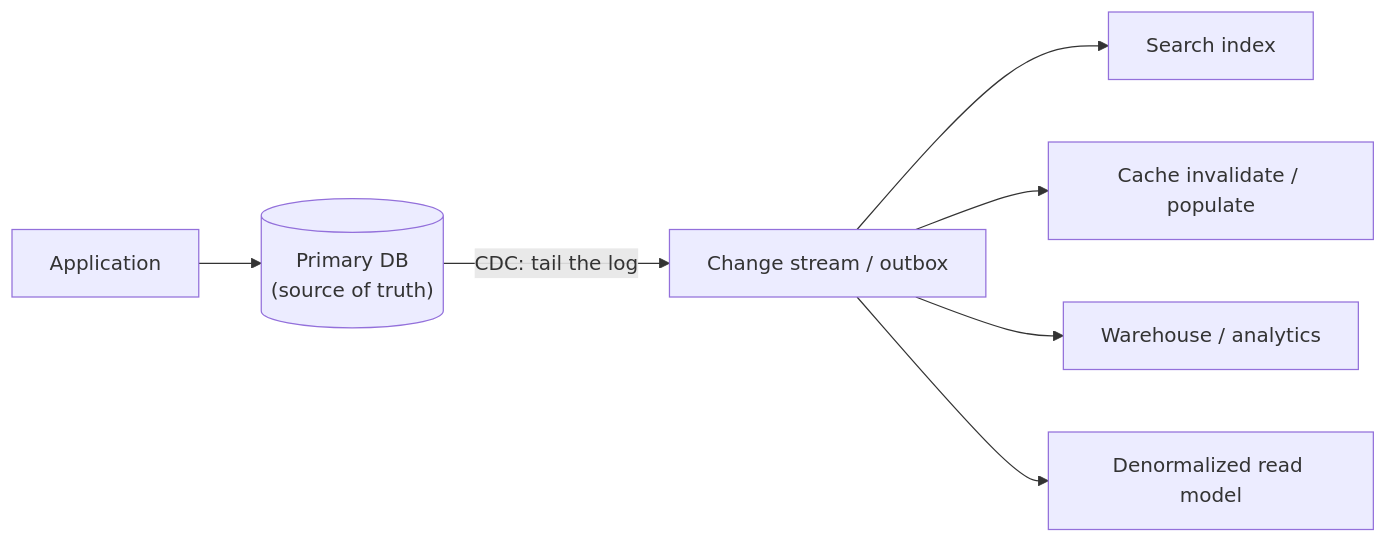
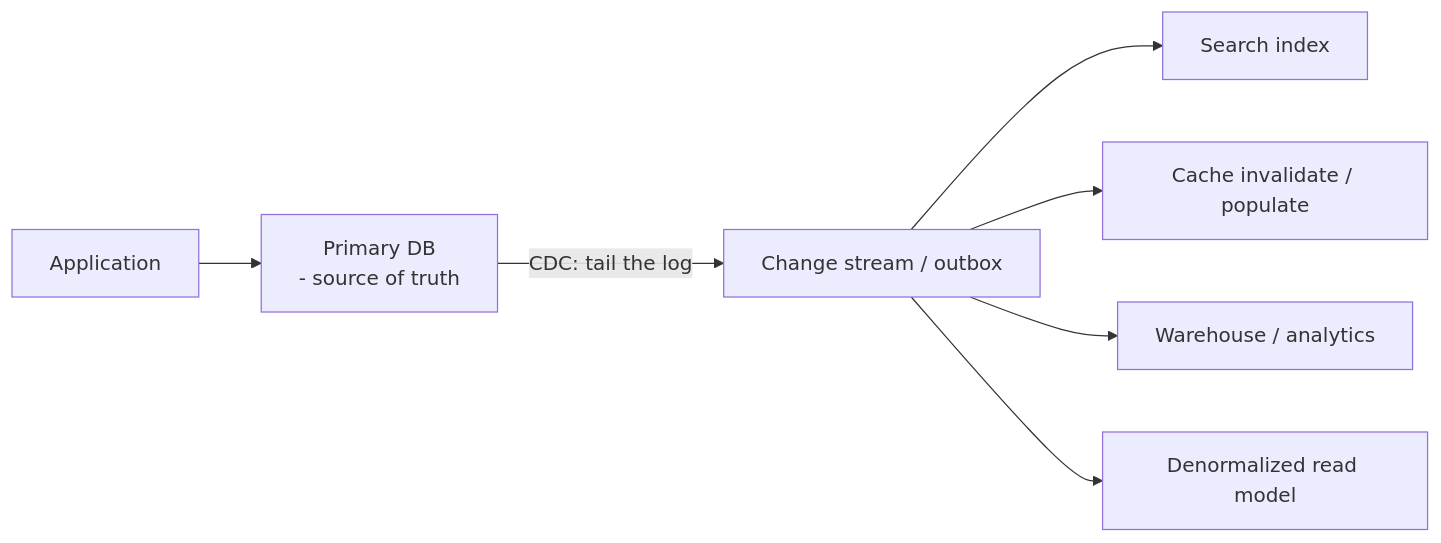
The first of 2 diagrams in docs/03-data-storage/04-cdc-materialized-views.md (RIT-MESH/system-design-mastery), drawn with Mermaid before and after one commit. The commit also changed other lines of this file and 139 other files, not shown here.

First line of the commit message:
Fix Mermaid parse errors: replace parentheses in node labels across 140 files

````diff
--- a/docs/03-data-storage/04-cdc-materialized-views.md
+++ b/docs/03-data-storage/04-cdc-materialized-views.md
@@ -17,10 +17,10 @@
 ```mermaid
 %% created-for: system-design-mastery
 flowchart LR
-  App["Application"] --> DB[("Primary DB<br/>(source of truth)")]
+  App["Application"] --> DB["Primary DB<br/> - source of truth"]
   DB -->|"CDC: tail the log"| Stream["Change stream / outbox"]
   Stream --> Search["Search index"]
   Stream --> Cache["Cache invalidate / populate"]
   Stream --> DW["Warehouse / analytics"]
   Stream --> Denorm["Denormalized read model"]
 ```
````
